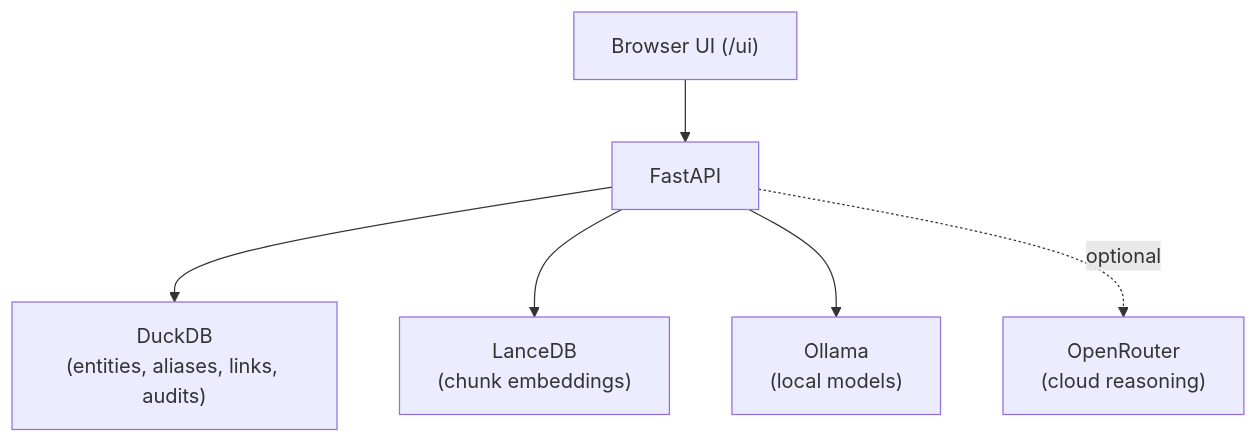
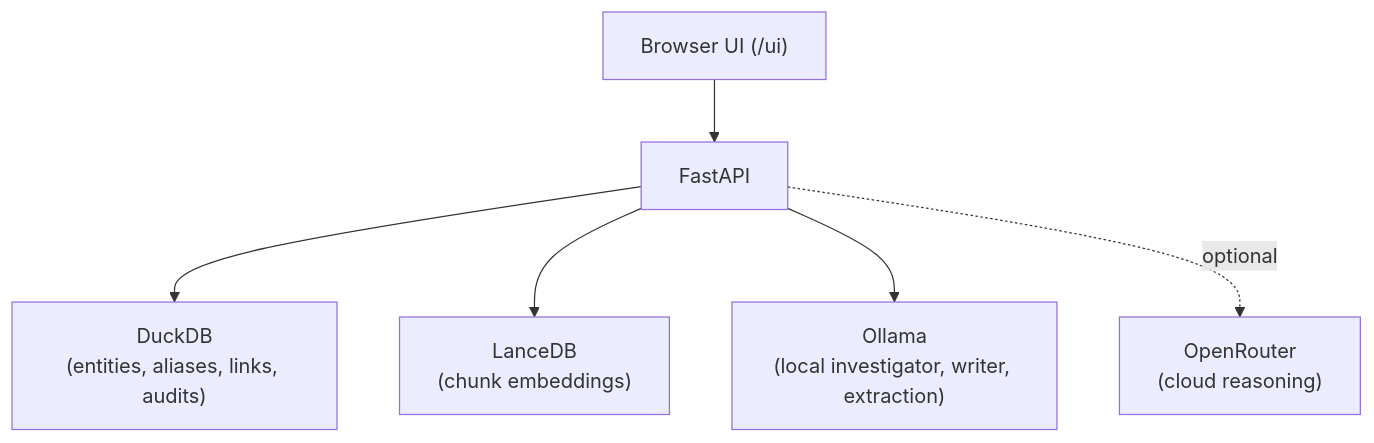
One commit to meabs/localsearch changed the first of 3 diagrams in README.md. Above: the diagram before and after it, drawn with Mermaid. The commit also changed other lines of this file and 25 other files, not shown here.

Commit message:
Add investigator agent pipeline and scope-aware local routing

````diff
--- a/README.md
+++ b/README.md
@@ -87,8 +88,8 @@
 ```mermaid
 flowchart TD
     UI["Browser UI (/ui)"] --> API["FastAPI"]
     API --> DB["DuckDB<br/>(entities, aliases, links, audits)"]
     API --> VDB["LanceDB<br/>(chunk embeddings)"]
-    API --> OLLAMA["Ollama<br/>(local models)"]
+    API --> OLLAMA["Ollama<br/>(local investigator, writer, extraction)"]
     API -. optional .-> OR["OpenRouter<br/>(cloud reasoning)"]
 ```
````
